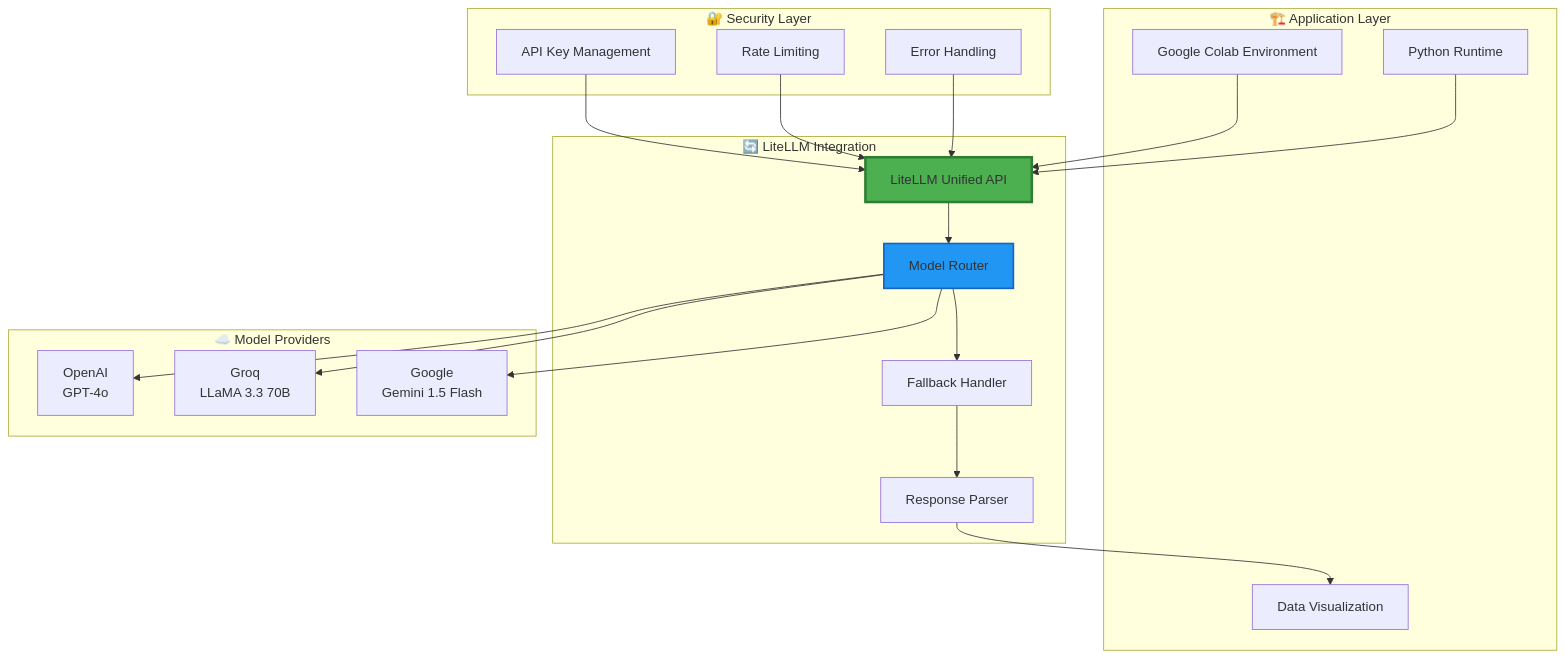
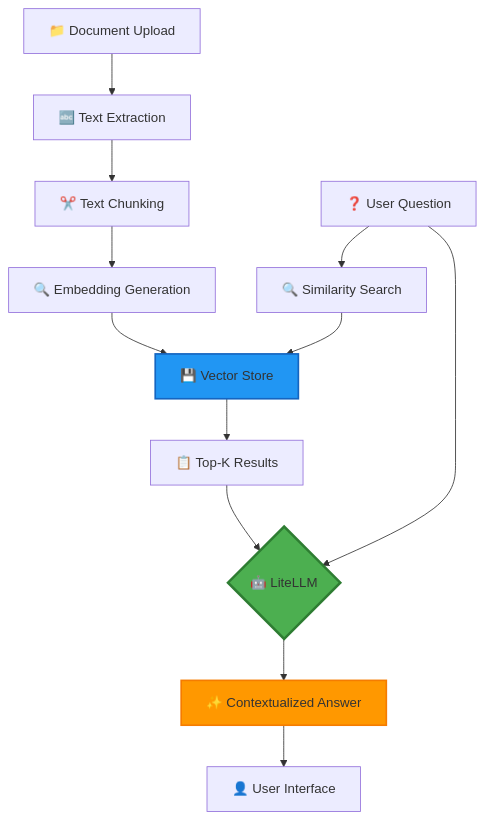
The fifth of 8 diagrams in README.MD (dhruvsh1997/LiteLLM-Experiments), drawn with Mermaid before and after one commit. The commit also changed other lines of this file, not shown here.

````diff
--- a/README.MD
+++ b/README.MD
@@ -210,46 +229,21 @@
 ```mermaid
-graph TB
-    subgraph "🏗️ Application Layer"
-        A[Google Colab Environment]
-        B[Python Runtime]
-        C[Data Visualization]
-    end
+flowchart TD
+    A[📁 Document Upload] --> B[🔤 Text Extraction]
+    B --> C[✂️ Text Chunking]
+    C --> D[🔍 Embedding Generation]
+    D --> E[💾 Vector Store]
     
-    subgraph "🔄 LiteLLM Integration"
-        D[LiteLLM Unified API]
-        E[Model Router]
-        F[Fallback Handler]
-        G[Response Parser]
-    end
+    F[❓ User Question] --> G[🔍 Similarity Search]
+    G --> E
+    E --> H[📋 Top-K Results]
     
-    subgraph "🔐 Security Layer"
-        H[API Key Management]
-        I[Rate Limiting]
-        J[Error Handling]
-    end
+    H --> I{🤖 LiteLLM}
+    F --> I
     
-    subgraph "☁️ Model Providers"
-        K[OpenAI<br/>GPT-4o]
-        L[Groq<br/>LLaMA 3.3 70B]
-        M[Google<br/>Gemini 1.5 Flash]
-    end
+    I --> J[✨ Contextualized Answer]
+    J --> K[👤 User Interface]
     
-    A --> D
-    B --> D
-    D --> E
-    E --> F
-    F --> G
-    
-    H --> D
-    I --> D
-    J --> D
-    
-    E --> K
-    E --> L
-    E --> M
-    
-    G --> C
-    
-    style D fill:#4CAF50,stroke:#2E7D32,stroke-width:3px
+    style I fill:#4CAF50,stroke:#2E7D32,stroke-width:3px
     style E fill:#2196F3,stroke:#1565C0,stroke-width:2px
+    style J fill:#FF9800,stroke:#F57C00,stroke-width:2px
 ```
````
